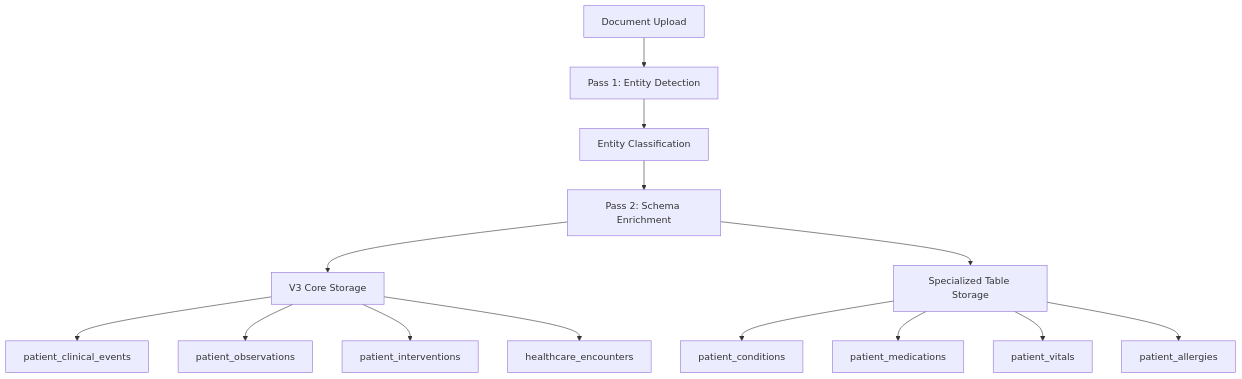
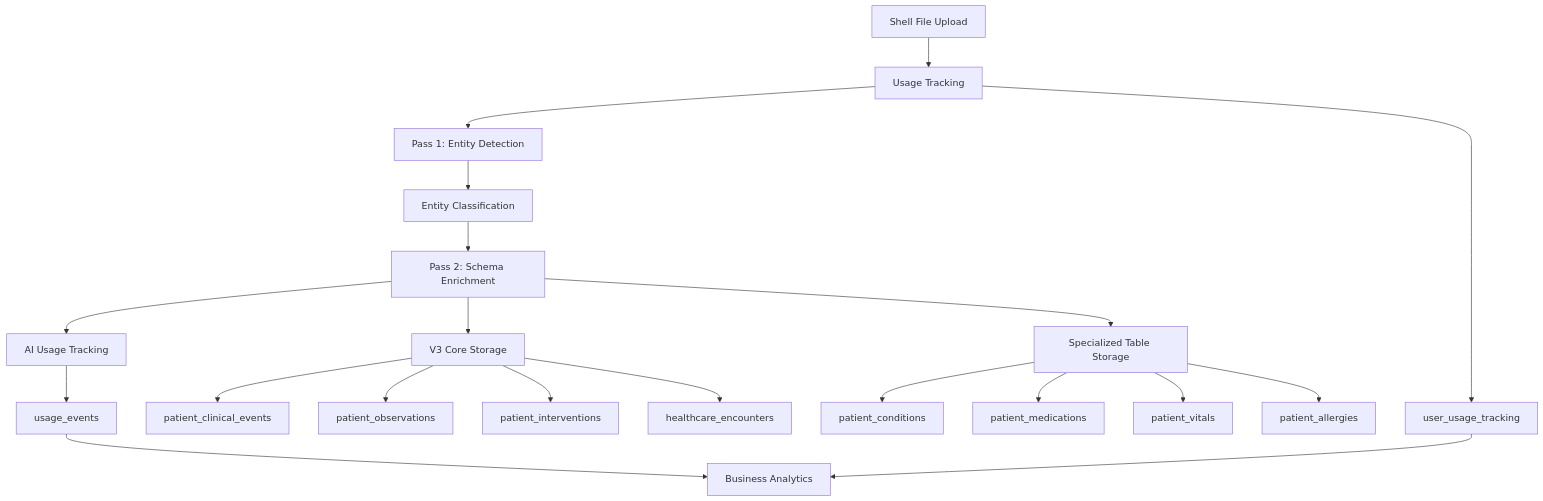
One commit to xavierjflanagan/Guardian changed the diagram in shared/docs/architecture/database-foundation-v3/DATABASE_V3_ARCHITECTURE_OVERVIEW.md. Above: the diagram before and after it, drawn with Mermaid. The commit also changed other lines of this file and 15 other files, not shown here.

First line of the commit message:
Enhance V3 Architecture Documentation and Implement Usage Tracking

````diff
--- a/shared/docs/architecture/database-foundation-v3/DATABASE_V3_ARCHITECTURE_OVERVIEW.md
+++ b/shared/docs/architecture/database-foundation-v3/DATABASE_V3_ARCHITECTURE_OVERVIEW.md
@@ -58,18 +58,25 @@
 ```mermaid
 flowchart TD
-    A[Document Upload] --> B[Pass 1: Entity Detection]
+    A[Shell File Upload] --> A1[Usage Tracking]
+    A1 --> B[Pass 1: Entity Detection]
     B --> C[Entity Classification]
     C --> D[Pass 2: Schema Enrichment]
+    D --> D1[AI Usage Tracking]
     D --> E[V3 Core Storage]
     D --> F[Specialized Table Storage]
     
     E --> G[patient_clinical_events]
     E --> H[patient_observations]
     E --> I[patient_interventions]
     E --> J[healthcare_encounters]
     
     F --> K[patient_conditions]
     F --> L[patient_medications]
     F --> M[patient_vitals]
     F --> N[patient_allergies]
+    
+    A1 --> O[user_usage_tracking]
+    D1 --> P[usage_events]
+    O --> Q[Business Analytics]
+    P --> Q
 ```
````
